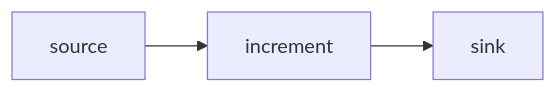
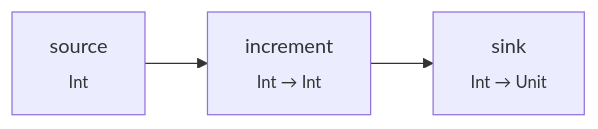
The diagram in docs/index.md (mattlianje/etl4s), drawn with Mermaid before and after one commit. The commit also changed other lines of this file, not shown here.

````diff
--- a/docs/index.md
+++ b/docs/index.md
@@ -188,5 +260,5 @@
     ```mermaid
     graph LR
-      source["source"] --> increment["increment"]
-      increment["increment"] --> sink["sink"]
+      source["source<br><sub>Int</sub>"] --> increment["increment<br><sub>Int → Int</sub>"]
+      increment --> sink["sink<br><sub>Int → Unit</sub>"]
     ```
````
